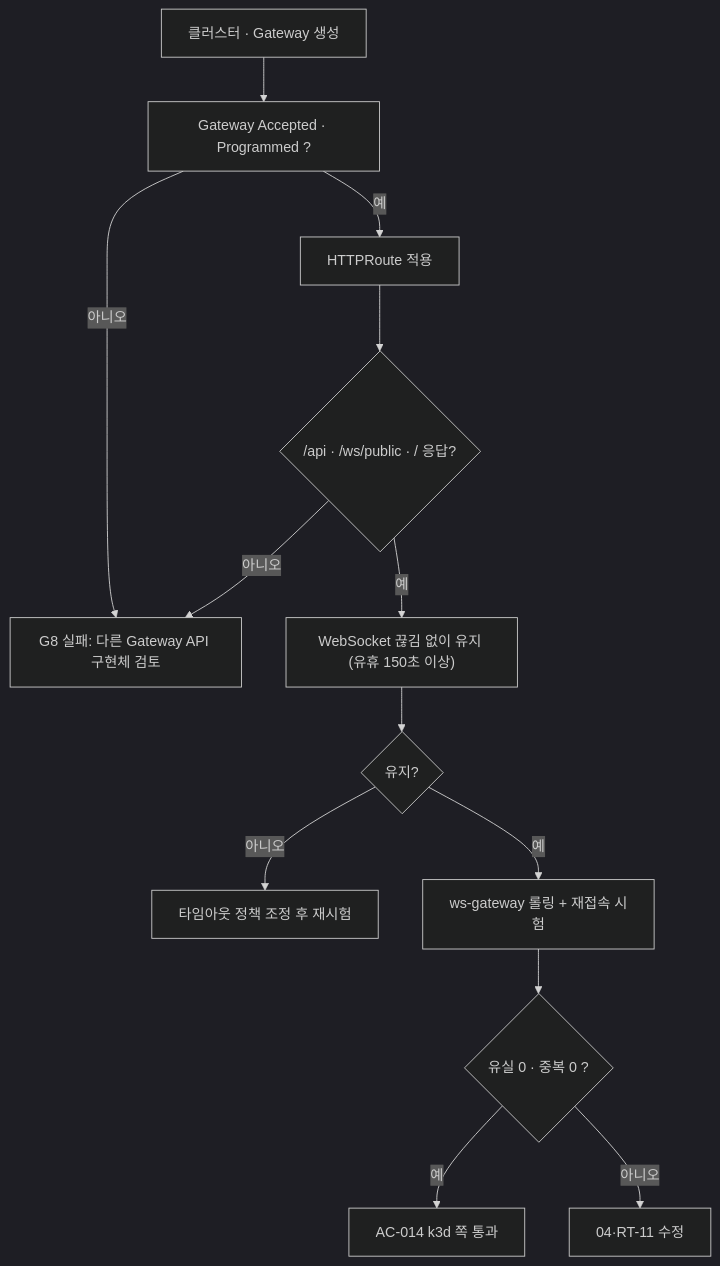
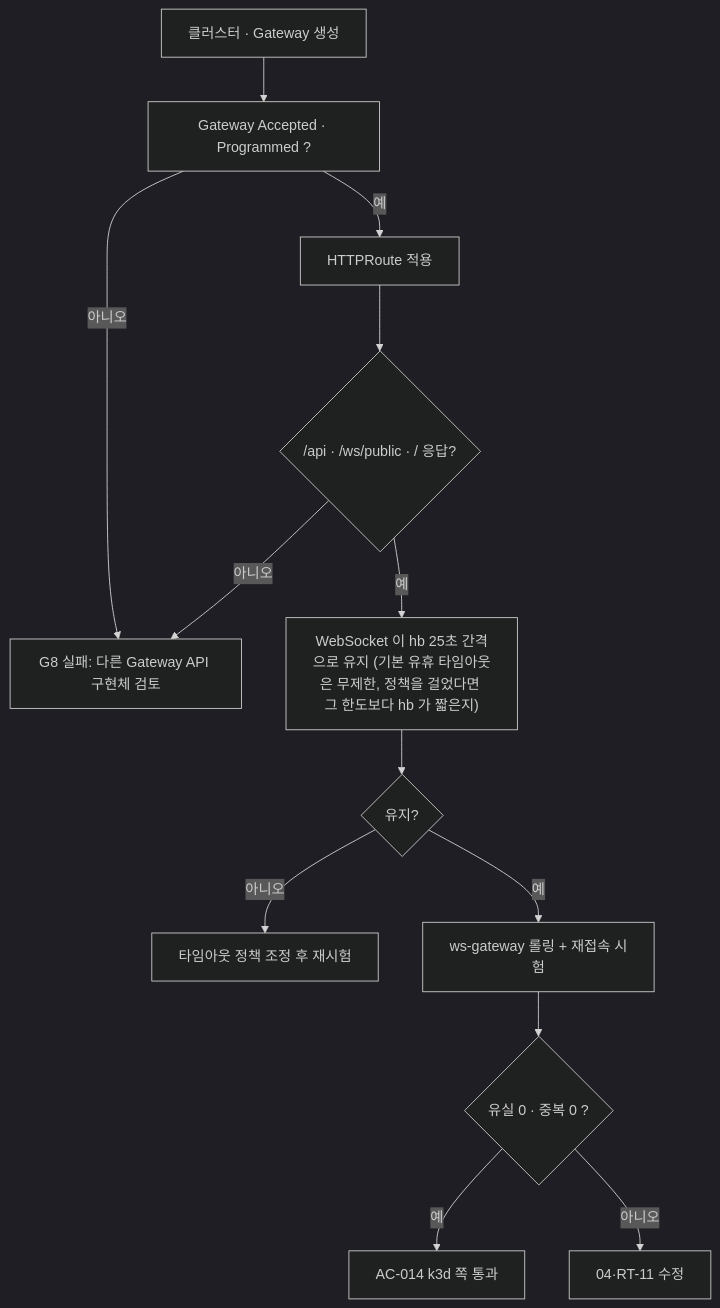
Before and after one commit to 1985jwlee/portpolio_backend: diagram 34 of 42 in docs/design/features/17-ops-observability.md, drawn with Mermaid (dark theme). The commit also changed other lines of this file and 92 other files, not shown here.

````diff
--- a/docs/design/features/17-ops-observability.md
+++ b/docs/design/features/17-ops-observability.md
@@ -1796,15 +1840,15 @@
 ```mermaid
 flowchart TD
     A["클러스터 · Gateway 생성"] --> B["Gateway Accepted · Programmed ?"]
     B -- "아니오" --> X["G8 실패: 다른 Gateway API 구현체 검토"]
     B -- "예" --> C["HTTPRoute 적용"]
     C --> D{"/api · /ws/public · / 응답?"}
     D -- "아니오" --> X
-    D -- "예" --> E["WebSocket 끊김 없이 유지 (유휴 150초 이상)"]
+    D -- "예" --> E["WebSocket 이 hb 25초 간격으로 유지 (기본 유휴 타임아웃은 무제한, 정책을 걸었다면 그 한도보다 hb 가 짧은지)"]
     E --> F{"유지?"}
     F -- "아니오" --> T["타임아웃 정책 조정 후 재시험"]
     F -- "예" --> G["ws-gateway 롤링 + 재접속 시험"]
     G --> H{"유실 0 · 중복 0 ?"}
     H -- "예" --> OK["AC-014 k3d 쪽 통과"]
     H -- "아니오" --> Y["04·RT-11 수정"]
 ```
````
